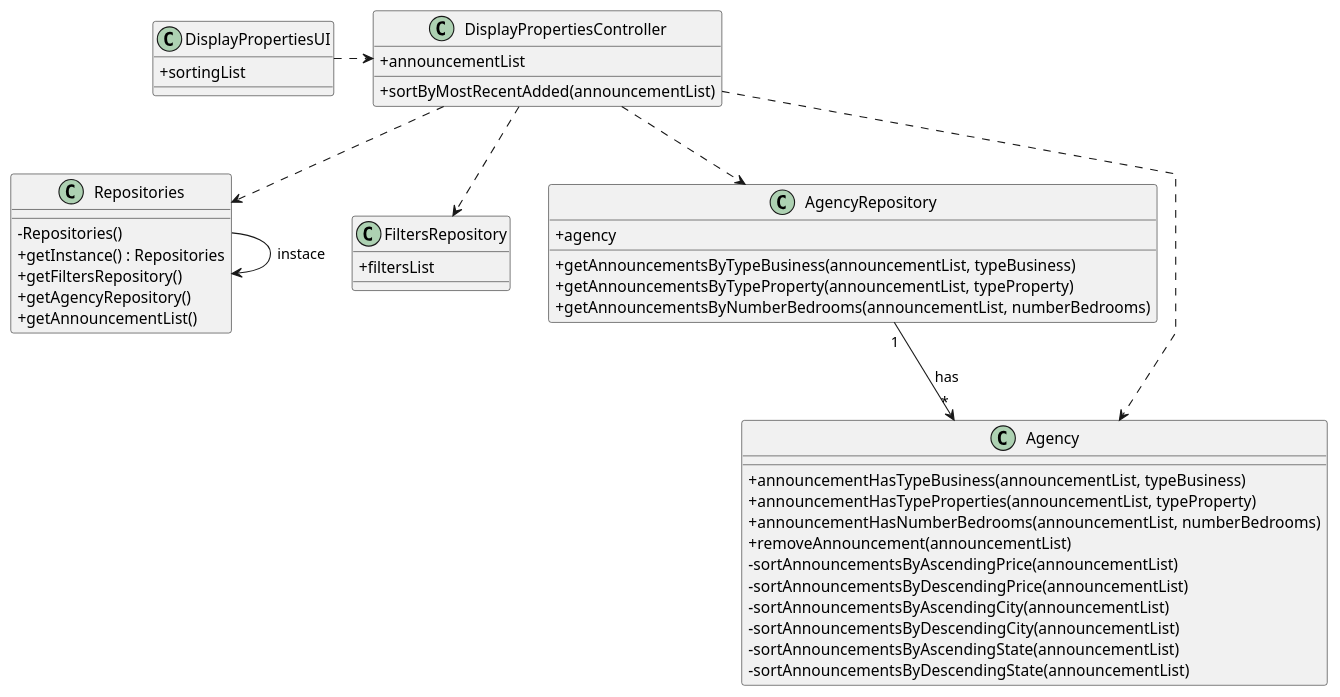
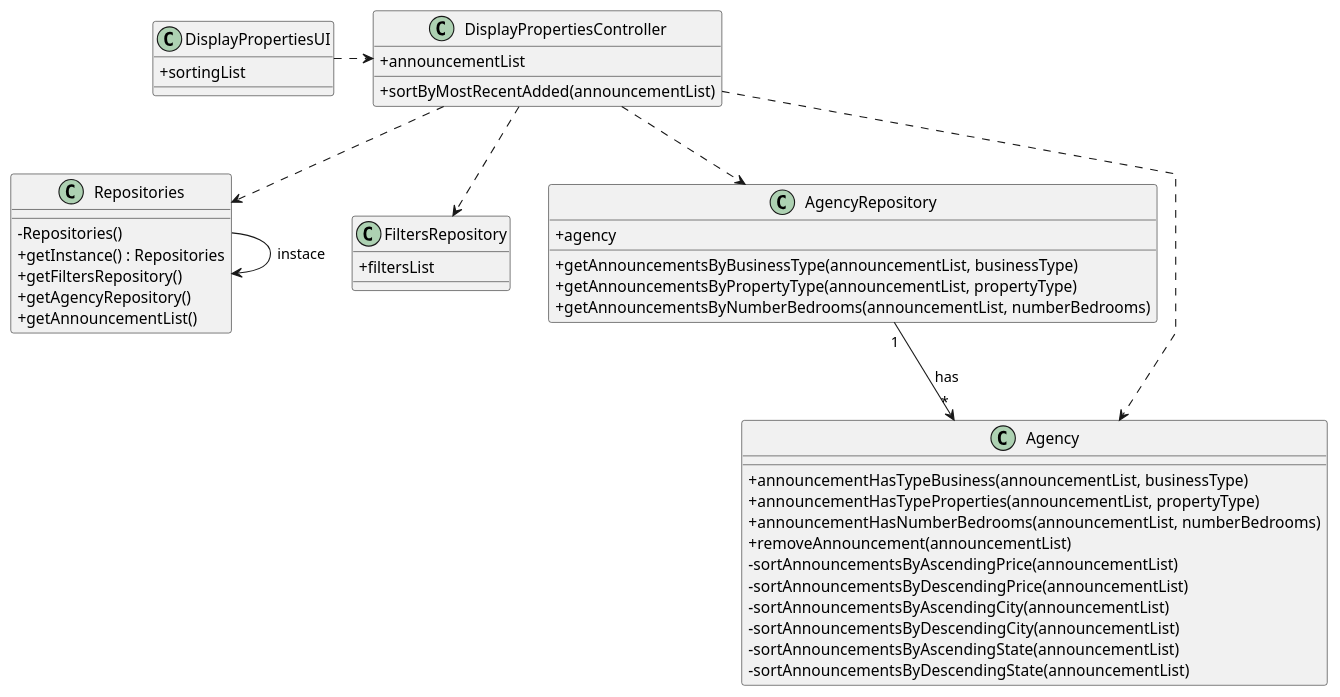
Before and after one commit to rita-barbosa/LAPR2-2223: the diagram in docs/sprintB/us001/03.design/puml/us001-class-diagram.puml, drawn with PlantUML. The commit also changed 2 other files, not shown here.

Commit message:
Update Class Diagram [US001][Design].

```diff
--- a/docs/sprintB/us001/03.design/puml/us001-class-diagram.puml
+++ b/docs/sprintB/us001/03.design/puml/us001-class-diagram.puml
@@ -1,70 +1,70 @@
 @startuml
 'skinparam monochrome true
 skinparam packageStyle rectangle
 skinparam shadowing false
 skinparam linetype polyline
 'skinparam linetype orto
 
 skinparam classAttributeIconSize 0
 
 class DisplayPropertiesUI {
 +sortingList
 }
 
 class DisplayPropertiesController {
 +announcementList
 
 +sortByMostRecentAdded(announcementList)
 }
 
 class Repositories {
     - Repositories()
     + getInstance() : Repositories
     + getFiltersRepository()
     + getAgencyRepository()
     + getAnnouncementList()
 
 }
 
 class FiltersRepository {
 +filtersList
 }
 
 class AgencyRepository{
 +agency
 
-+getAnnouncementsByTypeBusiness(announcementList, typeBusiness)
-+getAnnouncementsByTypeProperty(announcementList, typeProperty)
++getAnnouncementsByBusinessType(announcementList, businessType)
++getAnnouncementsByPropertyType(announcementList, propertyType)
 +getAnnouncementsByNumberBedrooms(announcementList, numberBedrooms)
 
 }
 
 class Agency{
-+announcementHasTypeBusiness(announcementList, typeBusiness)
-+announcementHasTypeProperties(announcementList, typeProperty)
++announcementHasTypeBusiness(announcementList, businessType)
++announcementHasTypeProperties(announcementList, propertyType)
 +announcementHasNumberBedrooms(announcementList, numberBedrooms)
 +removeAnnouncement(announcementList)
 -sortAnnouncementsByAscendingPrice(announcementList)
 -sortAnnouncementsByDescendingPrice(announcementList)
 -sortAnnouncementsByAscendingCity(announcementList)
 -sortAnnouncementsByDescendingCity(announcementList)
 -sortAnnouncementsByAscendingState(announcementList)
 -sortAnnouncementsByDescendingState(announcementList)
 }
 
 
 DisplayPropertiesUI .> DisplayPropertiesController
 DisplayPropertiesController ..> Repositories
 DisplayPropertiesController ..> FiltersRepository
 DisplayPropertiesController ..> AgencyRepository
 DisplayPropertiesController ..> Agency
 
 Repositories -> Repositories : instace
 AgencyRepository "1" --> "*" Agency : has
 
 
 
 
 
 
 @enduml
```
